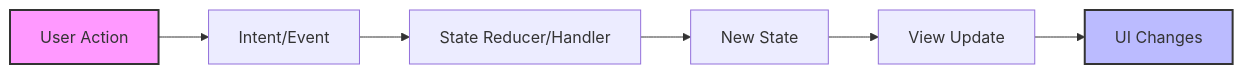
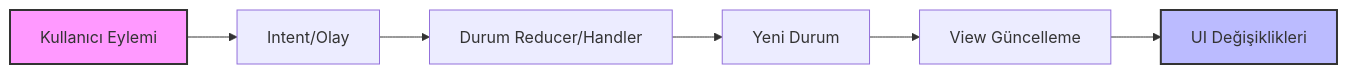
Before and after one commit to endmr11/system_design: the fifth of 5 diagrams in mobile/architecture/patterns.md, drawn with Mermaid. The commit also changed other lines of this file and 6 other files, not shown here.

````diff
--- a/mobile/architecture/patterns.md
+++ b/mobile/architecture/patterns.md
@@ -176,11 +176,11 @@
 ```mermaid
 graph LR
-    A[User Action] --> B[Intent/Event]
-    B --> C[State Reducer/Handler]
-    C --> D[New State]
-    D --> E[View Update]
-    E --> F[UI Changes]
+    A[Kullanıcı Eylemi] --> B[Intent/Olay]
+    B --> C[Durum Reducer/Handler]
+    C --> D[Yeni Durum]
+    D --> E[View Güncelleme]
+    E --> F[UI Değişiklikleri]
     
     style A fill:#f9f,stroke:#333,stroke-width:2px
     style F fill:#bbf,stroke:#333,stroke-width:2px
 ```
````
